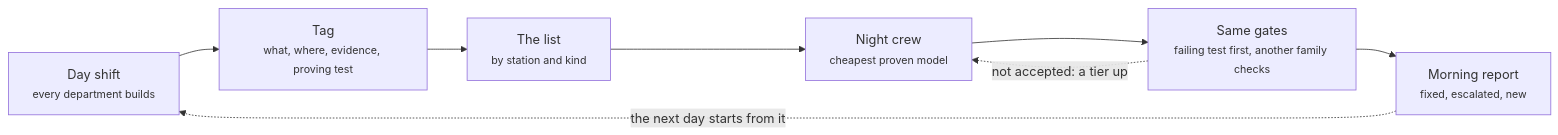
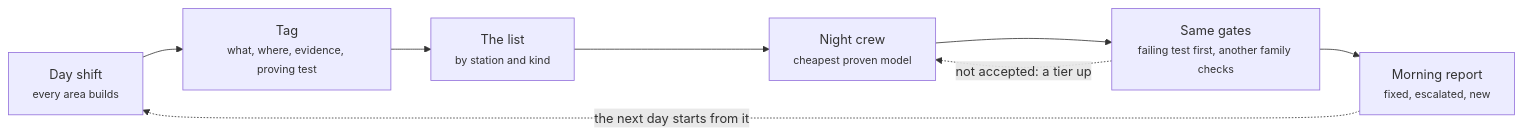
The first of 6 diagrams in intent/docs/line/maintenance.md (russlittle/ZTHR), drawn with Mermaid before and after one commit. The commit also changed other lines of this file and 76 other files, not shown here.

````diff
--- a/intent/docs/line/maintenance.md
+++ b/intent/docs/line/maintenance.md
@@ -11,16 +11,16 @@
 ```mermaid
 flowchart LR
-  d["Day shift<br><small>every department builds</small>"]
+  d["Day shift<br><small>every area builds</small>"]
   t["Tag<br><small>what, where, evidence, proving test</small>"]
   q["The list<br><small>by station and kind</small>"]
   c["Night crew<br><small>cheapest proven model</small>"]
   g["Same gates<br><small>failing test first, another family checks</small>"]
   r["Morning report<br><small>fixed, escalated, new</small>"]
   d --> t
   t --> q
   q --> c
   c --> g
   g --> r
   g -.->|not accepted: a tier up| c
   r -.->|the next day starts from it| d
 ```
````
